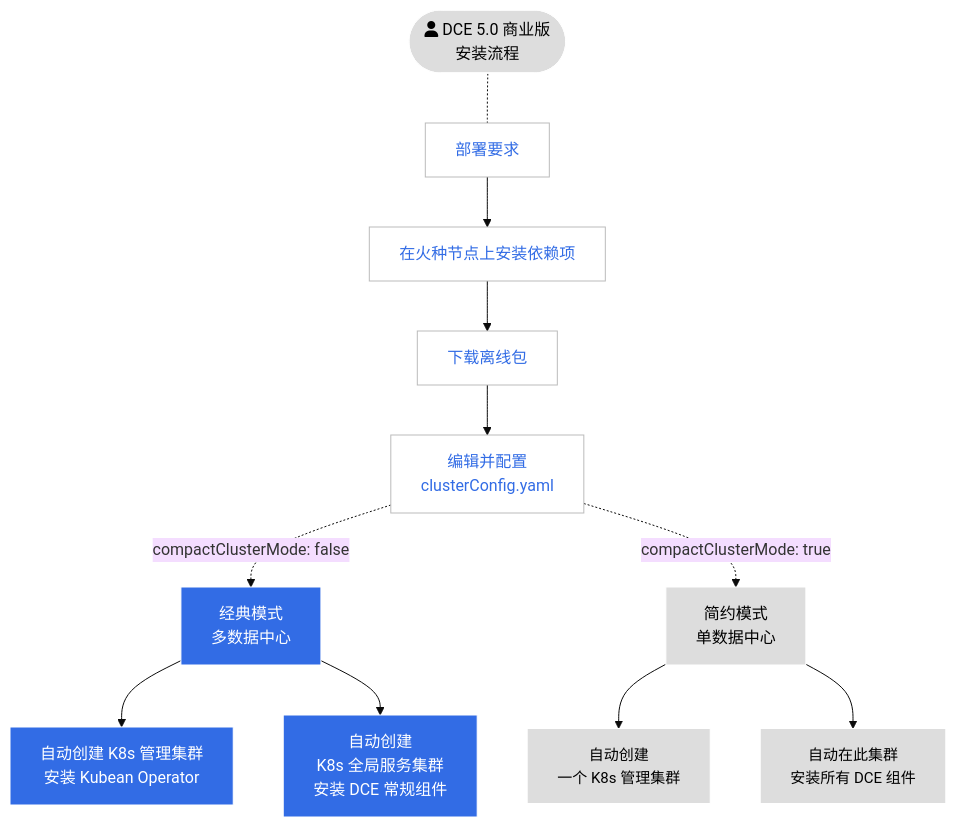
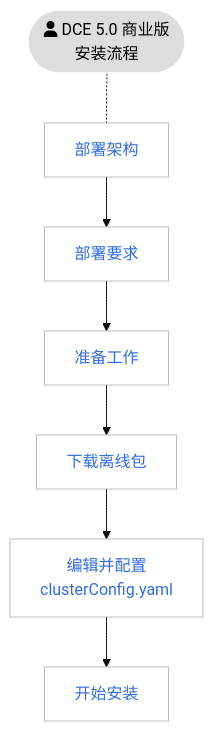
Before and after one commit to DaoCloud/DaoCloud-docs: the second of 2 diagrams in docs/zh/docs/install/intro.md, drawn with Mermaid (base theme). The commit also changed 5 other files, not shown here.

````diff
--- a/docs/zh/docs/install/intro.md
+++ b/docs/zh/docs/install/intro.md
@@ -72,34 +72,27 @@
 ```mermaid
 flowchart TB
 
-    start([fa:fa-user DCE 5.0 商业版<br>安装流程]) -.- deploy[部署要求]
-    deploy --> tools[在火种节点上安装依赖项]
-    tools --> download[下载离线包]
+    start([fa:fa-user DCE 5.0 商业版<br>安装流程]) -.- arch[部署架构]
+    arch --> deploy[部署要求]
+    deploy --> prepare[准备工作]
+    prepare --> download[下载离线包]
     download --> config[编辑并配置<br>clusterConfig.yaml]
-
-    config -.compactClusterMode: false.-> typical[经典模式<br>多数据中心]
-    typical --> mng2[自动创建 K8s 管理集群<br>安装 Kubean Operator]
-    typical --> gsc2[自动创建<br>K8s 全局服务集群<br>安装 DCE 常规组件]
-
-    config -.compactClusterMode: true.-> simple[简约模式<br>单数据中心]
-    simple --> k8s1[自动创建<br>一个 K8s 管理集群]
-    simple --> gsc1[自动在此集群<br>安装所有 DCE 组件]
+    config --> install[开始安装]
 
 classDef grey fill:#dddddd,stroke:#ffffff,stroke-width:1px,color:#000000, font-size:15px;
 classDef white fill:#ffffff,stroke:#000,stroke-width:1px,color:#000,font-weight:bold
 classDef spacewhite fill:#ffffff,stroke:#fff,stroke-width:0px,color:#000
 classDef plain fill:#ddd,stroke:#fff,stroke-width:1px,color:#000;
 classDef k8s fill:#326ce5,stroke:#fff,stroke-width:1px,color:#fff;
 classDef cluster fill:#fff,stroke:#bbb,stroke-width:1px,color:#326ce5;
 
-class deploy,tools,download,config cluster
-class typical,k8s,mng2,gsc2,k8s2 k8s
-class simple,start plain
-class gsc1,k8s1 grey
+class arch,deploy,prepare,download,config,install cluster
+class start plain
 
+click arch "https://docs.daocloud.io/install/commercial/deploy-arch/"
 click deploy "https://docs.daocloud.io/install/commercial/deploy-requirements/"
-click tools "https://docs.daocloud.io/install/install-tools/"
-click download "https://docs.daocloud.io/install/commercial/download-file/"
-click config "https://docs.daocloud.io/install/commercial/clusterconfig/"
-click typical,simple "https://docs.daocloud.io/install/commercial/start-install/"
+click prepare "https://docs.daocloud.io/install/commercial/prepare/"
+click download "https://docs.daocloud.io/install/commercial/start-install/#1"
+click config "https://docs.daocloud.io/install/commercial/start-install/#2"
+click install "https://docs.daocloud.io/install/commercial/start-install/#3"
 ```
````
